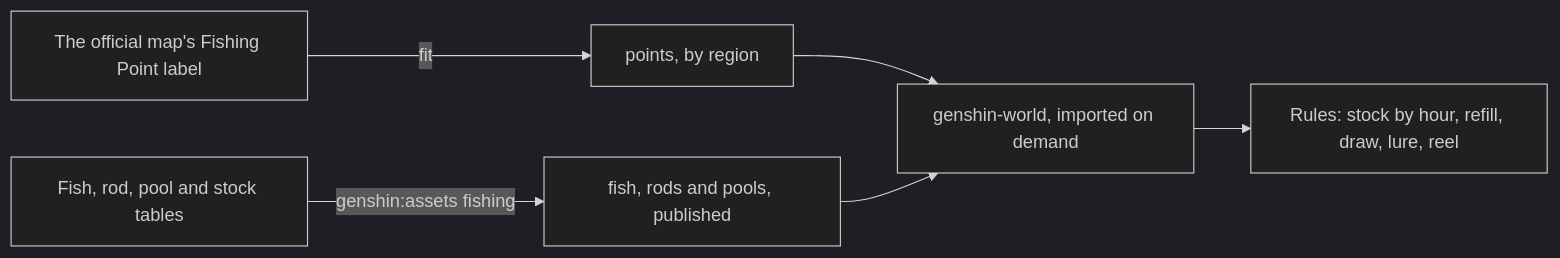
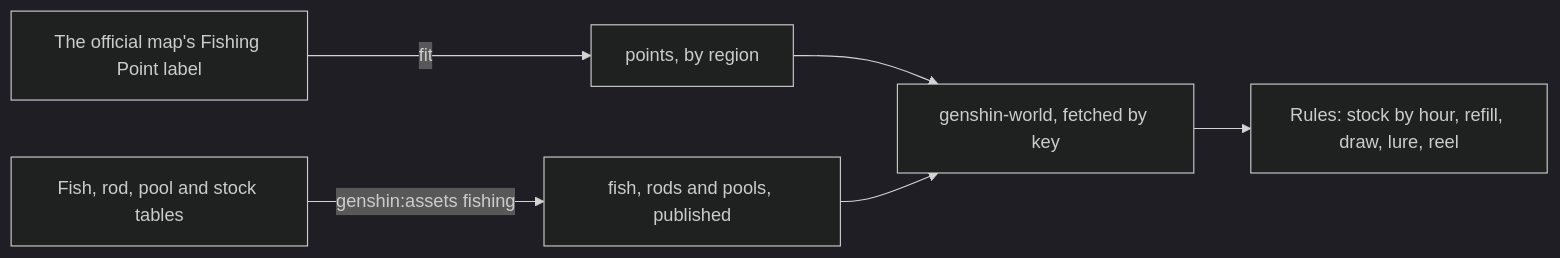
One commit to Esposter/Esposter changed the first of 2 diagrams in apps/web/content/docs/genshin/fishing.md. Above: the diagram before and after it, drawn with Mermaid (dark theme). The commit also changed 65 other files, not shown here.

````diff
--- a/apps/web/content/docs/genshin/fishing.md
+++ b/apps/web/content/docs/genshin/fishing.md
@@ -12,8 +12,8 @@
 ```mermaid
 flowchart LR
   MAP["The official map's Fishing Point label"] -->|"fit"| P["points, by region"]
   TABLES["Fish, rod, pool and stock tables"] -->|"genshin:assets fishing"| S["fish, rods and pools, published"]
-  P --> W["genshin-world, imported on demand"]
+  P --> W["genshin-world, fetched by key"]
   S --> W
   W --> R["Rules: stock by hour, refill, draw, lure, reel"]
 ```
````
